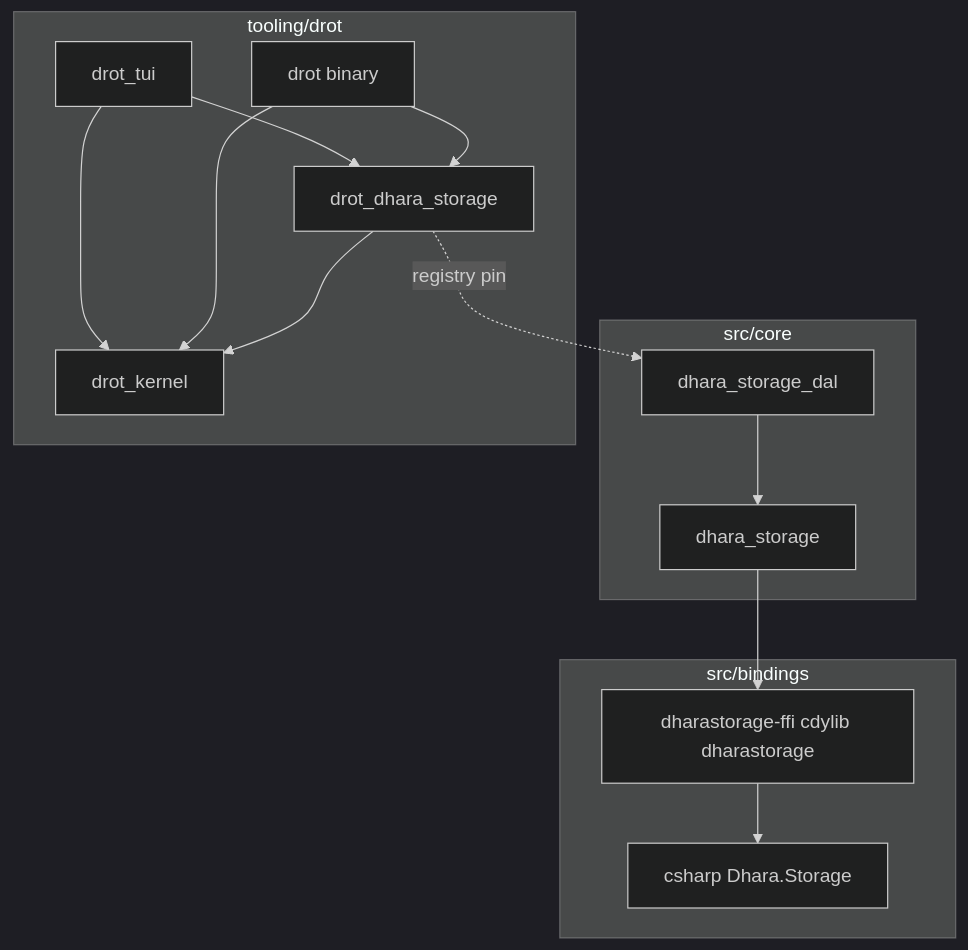
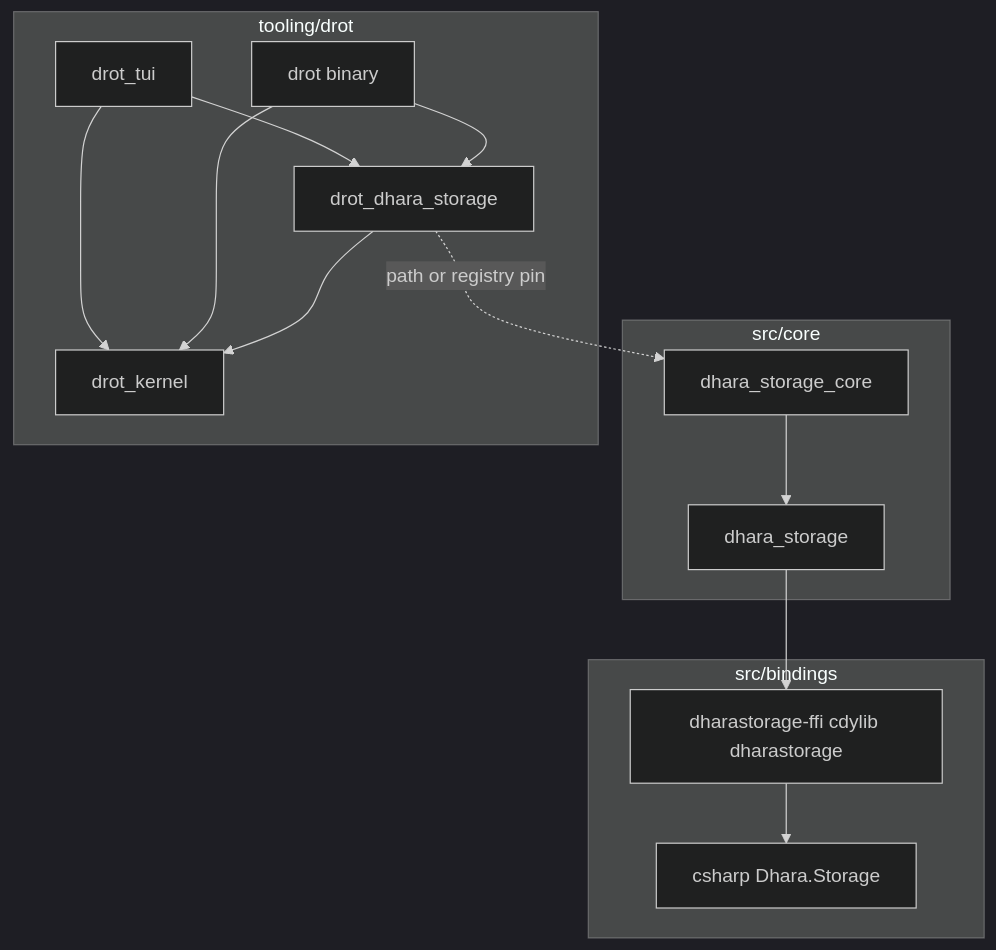
One commit to D-Naveenz/dhara_storage changed the first of 2 diagrams in docs/architecture.md. Above: the diagram before and after it, drawn with Mermaid (dark theme). The commit also changed other lines of this file and 29 other files, not shown here.

First line of the commit message:
🏗️ Rename DAL crate to core and move embedded definitions

````diff
--- a/docs/architecture.md
+++ b/docs/architecture.md
@@ -7,29 +7,29 @@
 ```mermaid
 flowchart TB
   subgraph core [src/core]
-    dal[dhara_storage_dal]
+    coreCrate[dhara_storage_core]
     runtime[dhara_storage]
   end
 
   subgraph bindings [src/bindings]
     ffi[dharastorage-ffi cdylib dharastorage]
     csharp[csharp Dhara.Storage]
   end
 
   subgraph tool [tooling/drot]
     kernel[drot_kernel]
     plugin[drot_dhara_storage]
     tui[drot_tui]
     bin[drot binary]
   end
 
-  dal --> runtime
+  coreCrate --> runtime
   runtime --> ffi
   ffi --> csharp
   plugin --> kernel
   bin --> kernel
   bin --> plugin
   tui --> kernel
   tui --> plugin
-  plugin -.->|registry pin| dal
+  plugin -.->|path or registry pin| coreCrate
 ```
````
